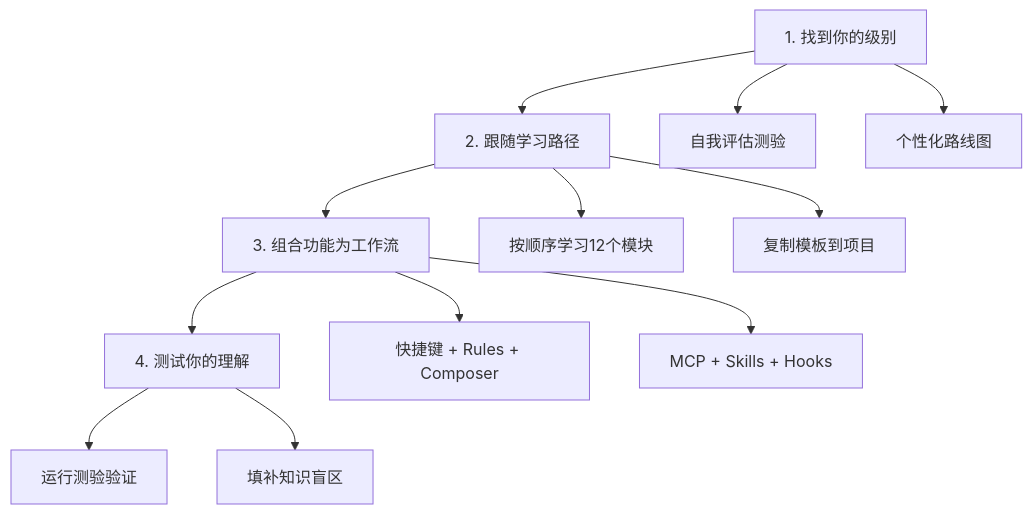
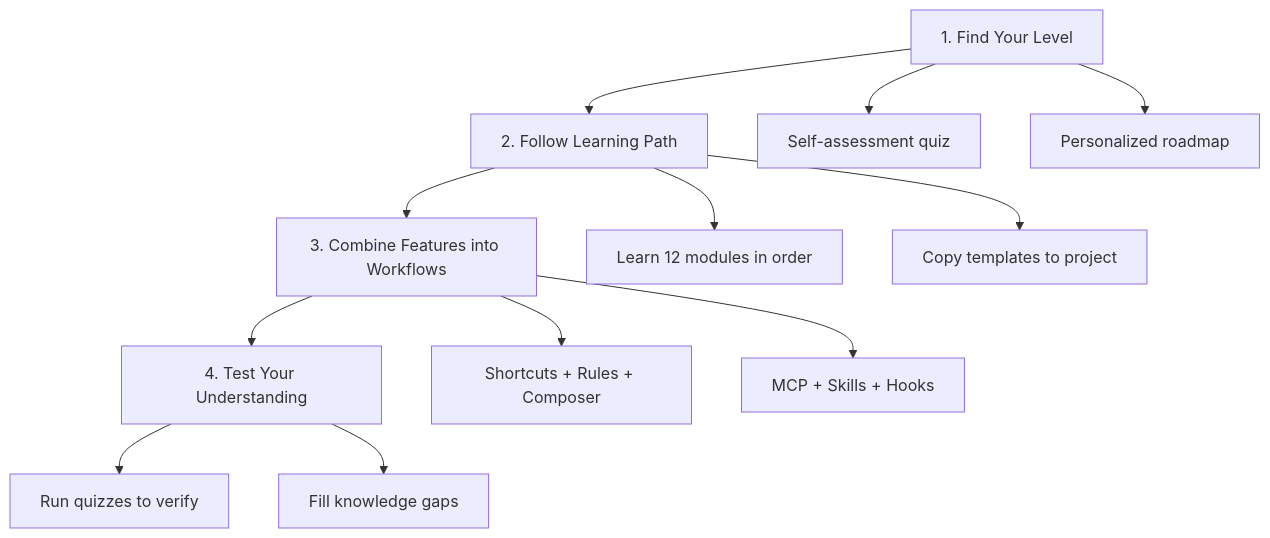
One commit to DDR187/cursor-howto changed the diagram in README.md. Above: the diagram before and after it, drawn with Mermaid. The commit also changed other lines of this file and 22 other files, not shown here.

````diff
--- a/README.md
+++ b/README.md
@@ -62,18 +62,18 @@
 ```mermaid
 flowchart TD
-    A[1. 找到你的级别] --> B[2. 跟随学习路径]
-    B --> C[3. 组合功能为工作流]
-    C --> D[4. 测试你的理解]
+    A[1. Find Your Level] --> B[2. Follow Learning Path]
+    B --> C[3. Combine Features into Workflows]
+    C --> D[4. Test Your Understanding]
     
-    A --> A1[自我评估测验]
-    A --> A2[个性化路线图]
+    A --> A1[Self-assessment quiz]
+    A --> A2[Personalized roadmap]
     
-    B --> B1[按顺序学习12个模块]
-    B --> B2[复制模板到项目]
+    B --> B1[Learn 12 modules in order]
+    B --> B2[Copy templates to project]
     
-    C --> C1[快捷键 + Rules + Composer]
+    C --> C1[Shortcuts + Rules + Composer]
     C --> C2[MCP + Skills + Hooks]
     
-    D --> D1[运行测验验证]
-    D --> D2[填补知识盲区]
+    D --> D1[Run quizzes to verify]
+    D --> D2[Fill knowledge gaps]
 ```
````
